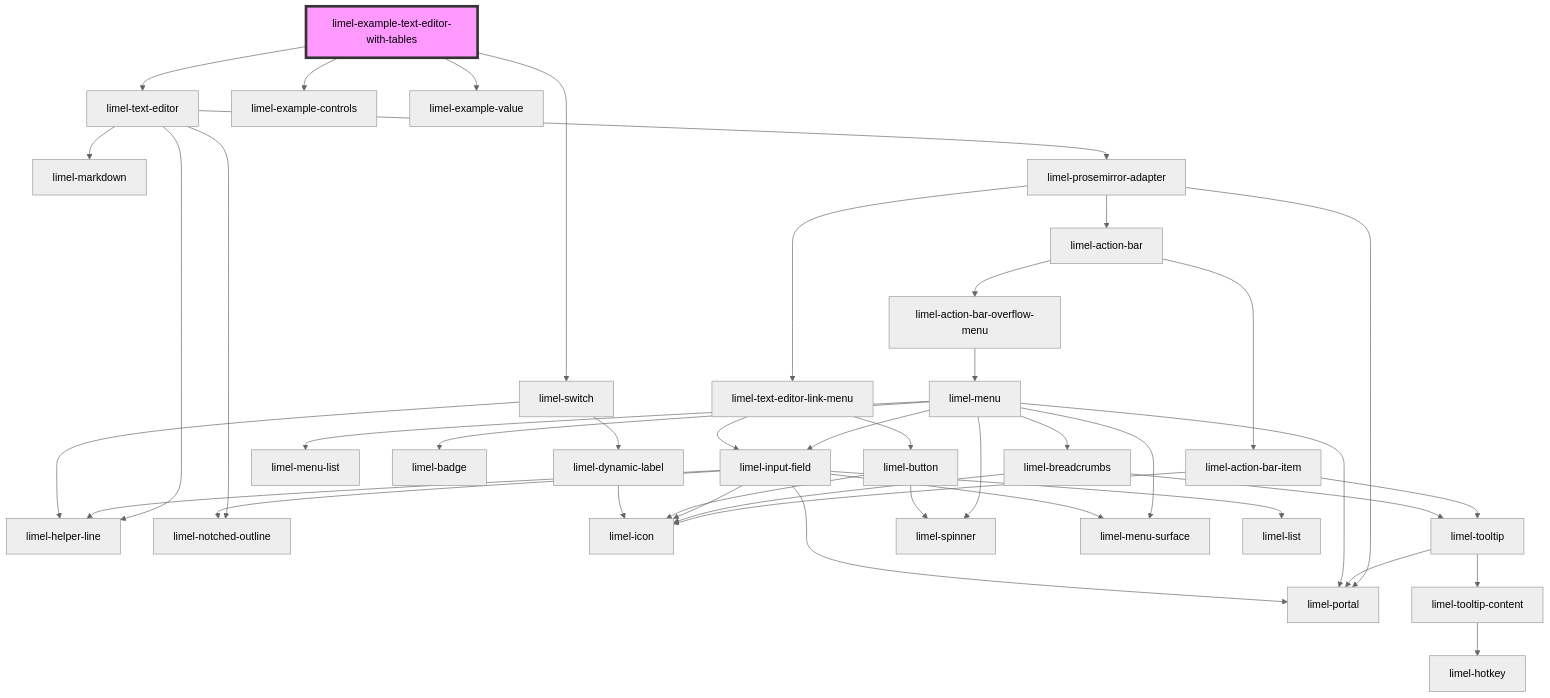
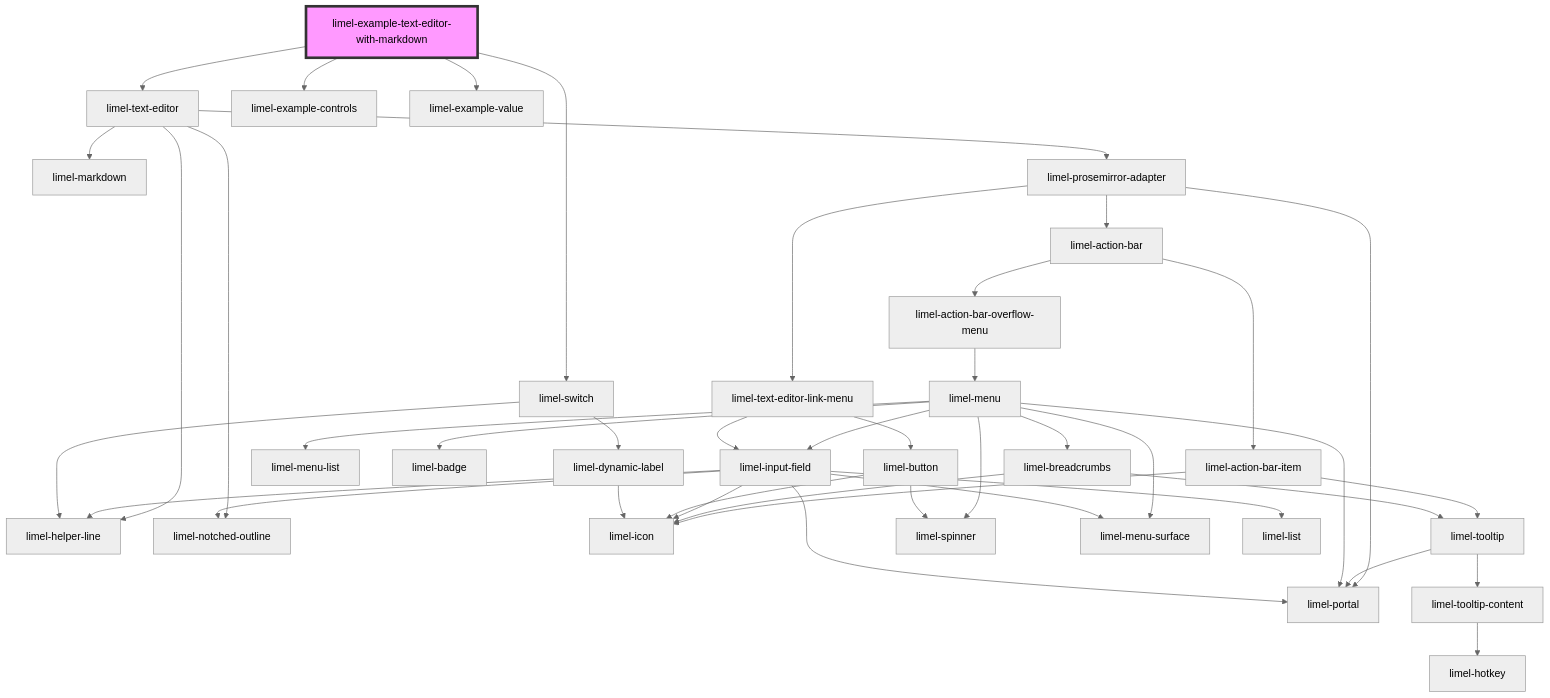
The diagram in versions/PR-4460/markdown-docs/components/text-editor/examples/readme.md (Lundalogik/lime-elements), drawn with Mermaid (neutral theme) before and after one commit. The commit also changed other lines of this file and 604 other files, not shown here.

````diff
--- a/versions/PR-4460/markdown-docs/components/text-editor/examples/readme.md
+++ b/versions/PR-4460/markdown-docs/components/text-editor/examples/readme.md
@@ -25,45 +23,45 @@
 ```mermaid
 graph TD;
-  limel-example-text-editor-with-tables --> limel-text-editor
-  limel-example-text-editor-with-tables --> limel-example-controls
-  limel-example-text-editor-with-tables --> limel-switch
-  limel-example-text-editor-with-tables --> limel-example-value
+  limel-example-text-editor-with-markdown --> limel-text-editor
+  limel-example-text-editor-with-markdown --> limel-example-controls
+  limel-example-text-editor-with-markdown --> limel-switch
+  limel-example-text-editor-with-markdown --> limel-example-value
   limel-text-editor --> limel-helper-line
   limel-text-editor --> limel-notched-outline
   limel-text-editor --> limel-markdown
   limel-text-editor --> limel-prosemirror-adapter
   limel-prosemirror-adapter --> limel-action-bar
   limel-prosemirror-adapter --> limel-portal
   limel-prosemirror-adapter --> limel-text-editor-link-menu
   limel-action-bar --> limel-action-bar-item
   limel-action-bar --> limel-action-bar-overflow-menu
   limel-action-bar-item --> limel-icon
   limel-action-bar-item --> limel-tooltip
   limel-tooltip --> limel-portal
   limel-tooltip --> limel-tooltip-content
   limel-tooltip-content --> limel-hotkey
   limel-action-bar-overflow-menu --> limel-menu
   limel-menu --> limel-spinner
   limel-menu --> limel-breadcrumbs
   limel-menu --> limel-input-field
   limel-menu --> limel-menu-list
   limel-menu --> limel-badge
   limel-menu --> limel-portal
   limel-menu --> limel-menu-surface
   limel-breadcrumbs --> limel-icon
   limel-breadcrumbs --> limel-tooltip
   limel-input-field --> limel-helper-line
   limel-input-field --> limel-icon
   limel-input-field --> limel-portal
   limel-input-field --> limel-menu-surface
   limel-input-field --> limel-list
   limel-input-field --> limel-notched-outline
   limel-text-editor-link-menu --> limel-input-field
   limel-text-editor-link-menu --> limel-button
   limel-button --> limel-icon
   limel-button --> limel-spinner
   limel-switch --> limel-dynamic-label
   limel-switch --> limel-helper-line
   limel-dynamic-label --> limel-icon
-  style limel-example-text-editor-with-tables fill:#f9f,stroke:#333,stroke-width:4px
+  style limel-example-text-editor-with-markdown fill:#f9f,stroke:#333,stroke-width:4px
 ```
````
